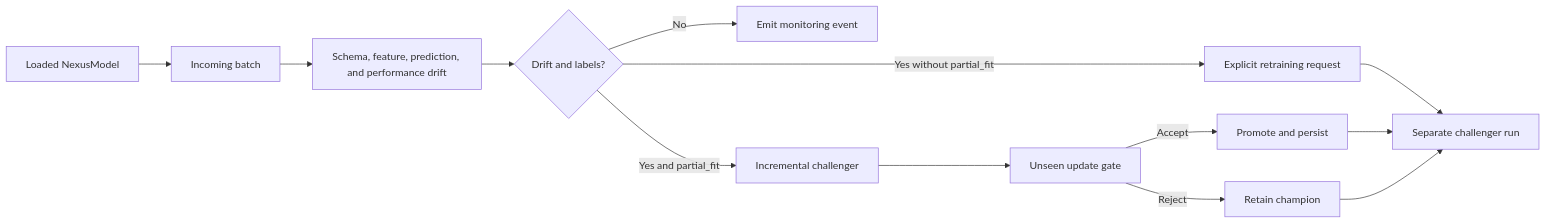
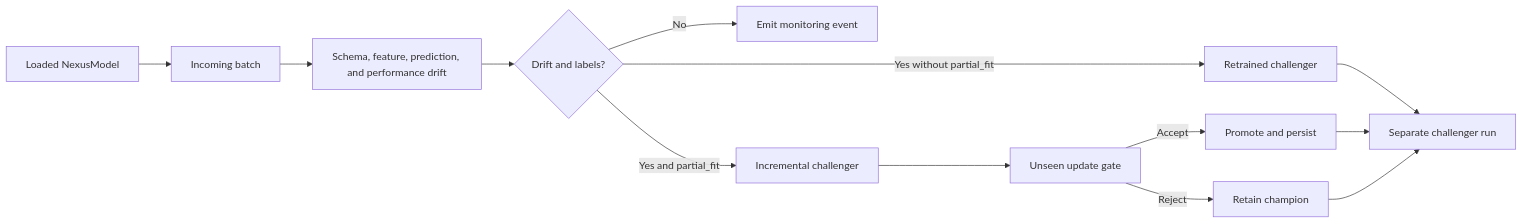
Before and after one commit to dineshmc1/AutoNexus: the third of 3 diagrams in README.md, drawn with Mermaid. The commit also changed other lines of this file and 80 other files, not shown here.

Commit message:
refactor: replace legacy AutoML pipeline components with new modular autonexus framework architecture

````diff
--- a/README.md
+++ b/README.md
@@ -579,15 +689,15 @@
 ```mermaid
 flowchart LR
     Model[Loaded NexusModel] --> Batch[Incoming batch]
     Batch --> Drift[Schema, feature, prediction, and performance drift]
     Drift --> Policy{Drift and labels?}
     Policy -->|No| Observe[Emit monitoring event]
     Policy -->|Yes and partial_fit| Candidate[Incremental challenger]
-    Policy -->|Yes without partial_fit| Retrain[Explicit retraining request]
+    Policy -->|Yes without partial_fit| Retrain[Retrained challenger]
     Candidate --> Gate[Unseen update gate]
     Gate -->|Accept| Promote[Promote and persist]
     Gate -->|Reject| Champion[Retain champion]
     Retrain --> Registry[Separate challenger run]
     Promote --> Registry
     Champion --> Registry
 ```
````
